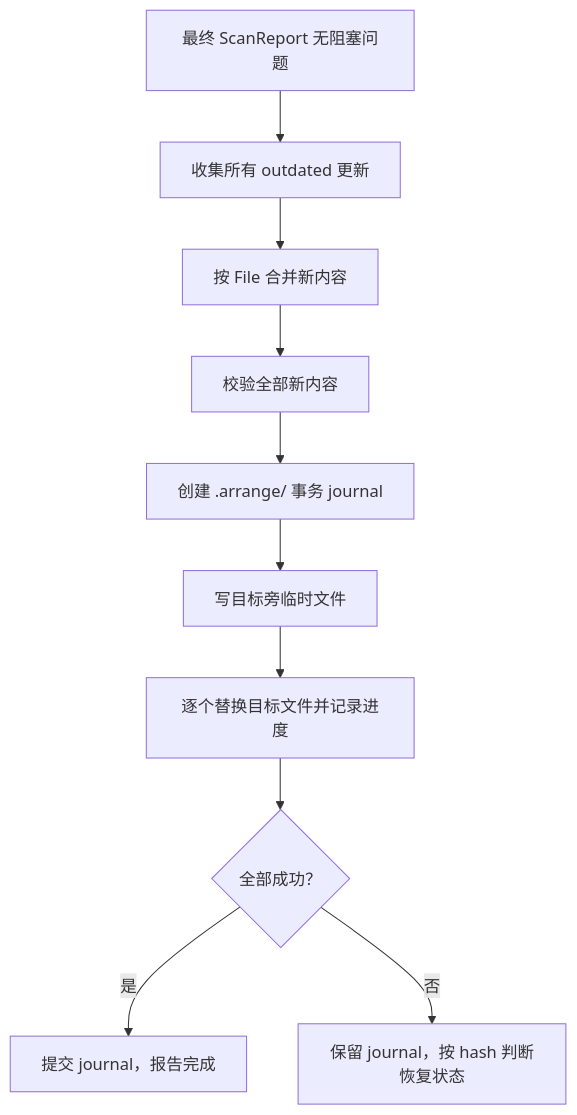
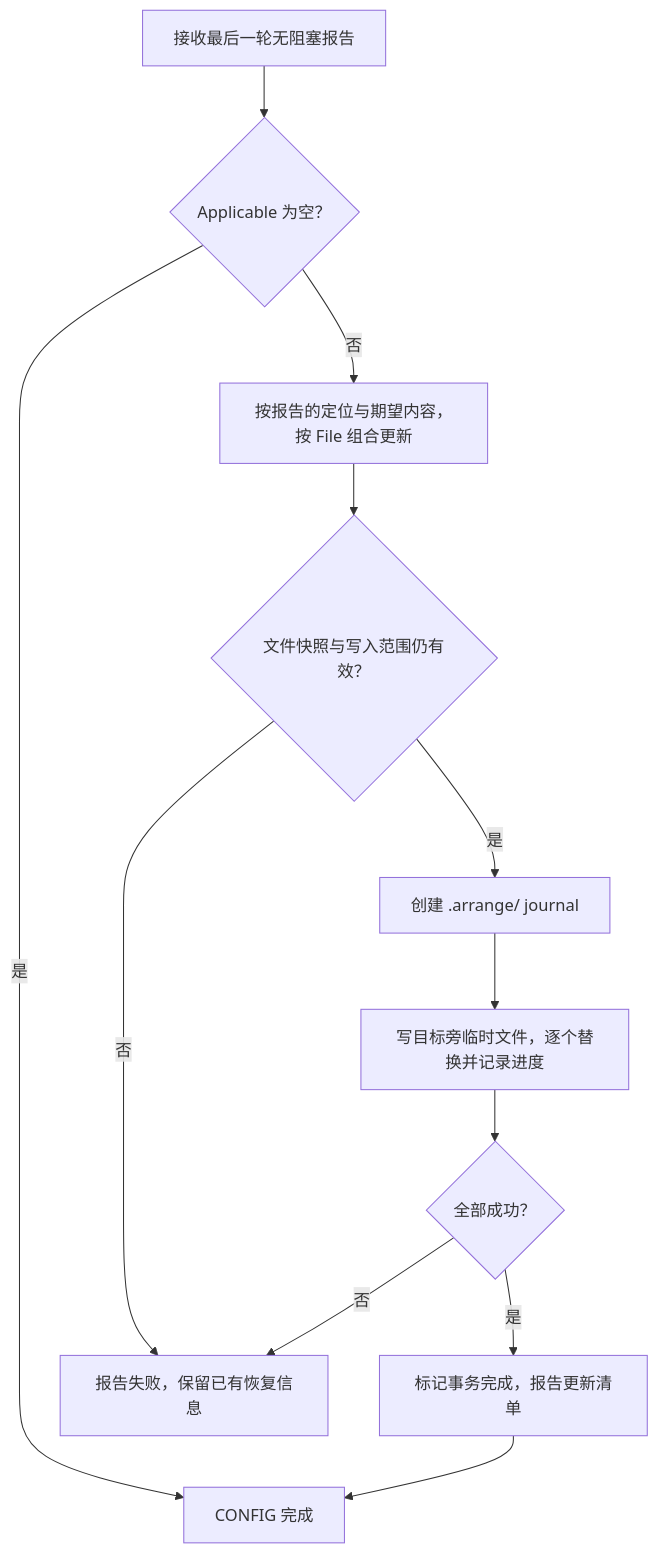
One commit to EarzuChan/Arrange changed the seventh of 11 diagrams in docs/proj/m2/2/命令定义.md. Above: the diagram before and after it, drawn with Mermaid. The commit also changed other lines of this file and 75 other files, not shown here.

````diff
--- a/docs/proj/m2/2/命令定义.md
+++ b/docs/proj/m2/2/命令定义.md
@@ -247,12 +225,14 @@
 ```mermaid
 flowchart TD
-    A[最终 ScanReport 无阻塞问题] --> B[收集所有 outdated 更新]
-    B --> C[按 File 合并新内容]
-    C --> D[校验全部新内容]
-    D --> E[创建 .arrange/ 事务 journal]
-    E --> F[写目标旁临时文件]
-    F --> G[逐个替换目标文件并记录进度]
-    G --> H{全部成功？}
-    H -->|是| I[提交 journal，报告完成]
-    H -->|否| J[保留 journal，按 hash 判断恢复状态]
+    A["接收最后一轮无阻塞报告"] --> B{"Applicable 为空？"}
+    B -->|是| DONE["CONFIG 完成"]
+    B -->|否| C["按报告的定位与期望内容，按 File 组合更新"]
+    C --> D{"文件快照与写入范围仍有效？"}
+    D -->|否| FAIL["报告失败，保留已有恢复信息"]
+    D -->|是| E["创建 .arrange/ journal"]
+    E --> F["写目标旁临时文件，逐个替换并记录进度"]
+    F --> G{"全部成功？"}
+    G -->|否| FAIL
+    G -->|是| H["标记事务完成，报告更新清单"]
+    H --> DONE
 ```
````
